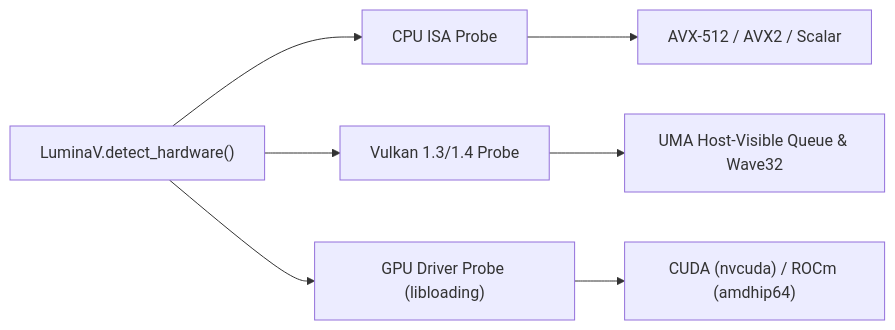
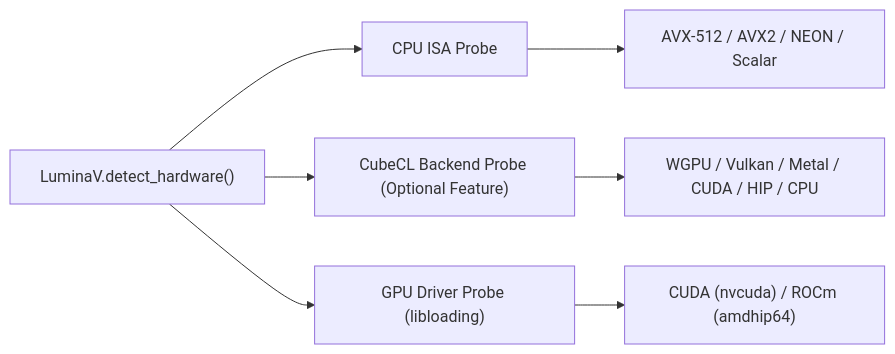
The first of 2 diagrams in docs/optimize/dispatch/README.md (cloverx-id/luminamoon), drawn with Mermaid before and after one commit. The commit also changed other lines of this file and 524 other files, not shown here.

````diff
--- a/docs/optimize/dispatch/README.md
+++ b/docs/optimize/dispatch/README.md
@@ -11,9 +11,9 @@
 ```mermaid
 flowchart LR
     Probe["LuminaV.detect_hardware()"] --> CPU["CPU ISA Probe"]
-    Probe --> VK["Vulkan 1.3/1.4 Probe"]
+    Probe --> CubeCL["CubeCL Backend Probe (Optional Feature)"]
     Probe --> GPU["GPU Driver Probe (libloading)"]
-    CPU --> ISA["AVX-512 / AVX2 / Scalar"]
-    VK --> UMA["UMA Host-Visible Queue & Wave32"]
+    CPU --> ISA["AVX-512 / AVX2 / NEON / Scalar"]
+    CubeCL --> Portable["WGPU / Vulkan / Metal / CUDA / HIP / CPU"]
     GPU --> Driver["CUDA (nvcuda) / ROCm (amdhip64)"]
 ```
````
